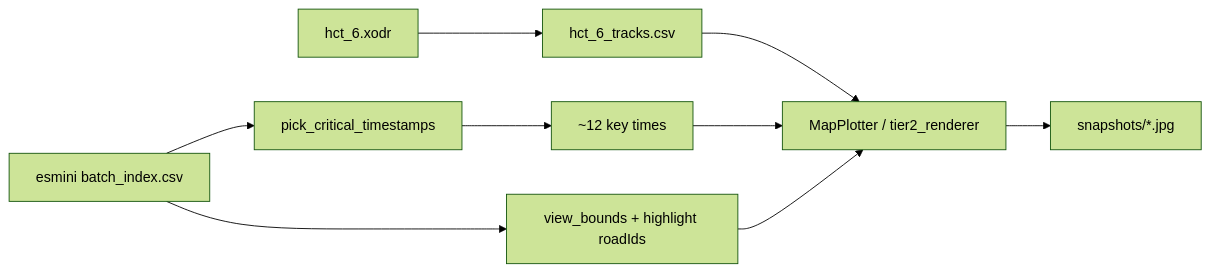
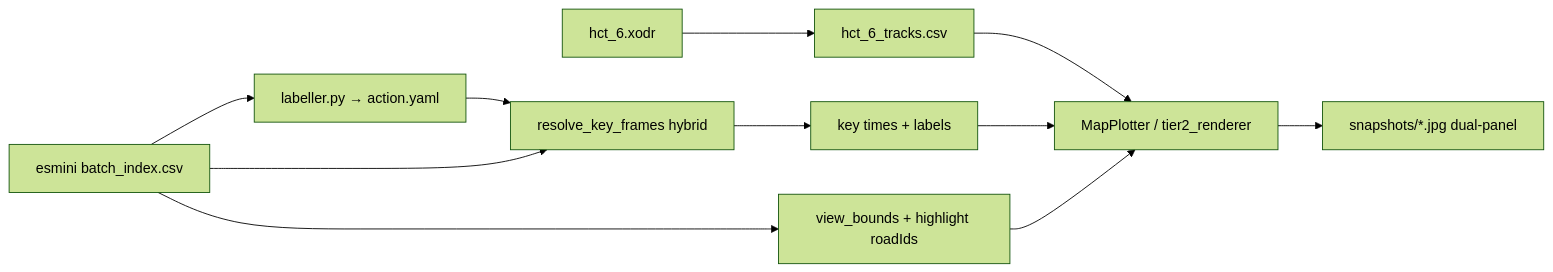
One commit to Bichen07/gpl-odd-project changed the diagram in readMD/DATA_INVENTORY_AND_ANALYSIS.md. Above: the diagram before and after it, drawn with Mermaid (forest theme). The commit also changed other lines of this file and 29 other files, not shown here.

````diff
--- a/readMD/DATA_INVENTORY_AND_ANALYSIS.md
+++ b/readMD/DATA_INVENTORY_AND_ANALYSIS.md
@@ -237,11 +553,13 @@
 ```mermaid
 flowchart LR
   A[hct_6.xodr] --> B[hct_6_tracks.csv]
-  C[esmini batch_index.csv] --> D[pick_critical_timestamps]
-  D --> E[~12 key times]
+  C[esmini batch_index.csv] --> L[labeller.py → action.yaml]
+  L --> D[resolve_key_frames hybrid]
+  C --> D
+  D --> E[key times + labels]
   C --> F[view_bounds + highlight roadIds]
   B --> G[MapPlotter / tier2_renderer]
   E --> G
   F --> G
-  G --> H[snapshots/*.jpg]
+  G --> H[snapshots/*.jpg dual-panel]
 ```
````
